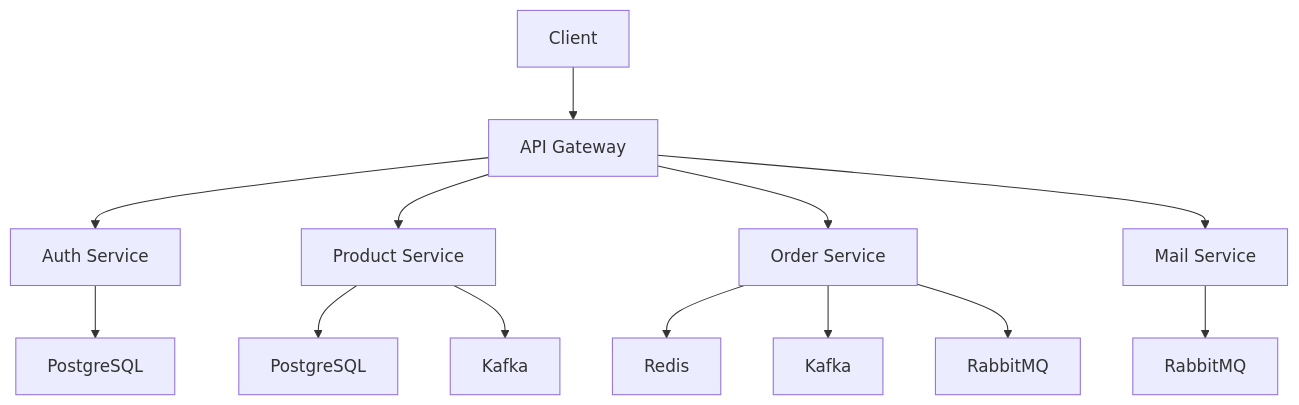
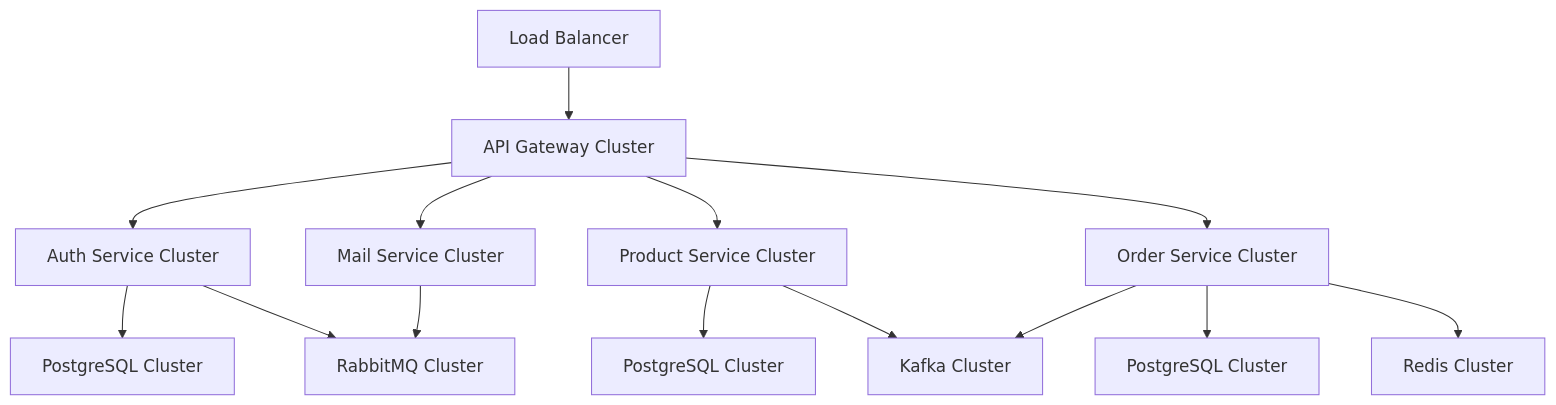
One commit to JordanMarcelino/learn-go-microservices changed the seventh of 7 diagrams in README.md. Above: the diagram before and after it, drawn with Mermaid. The commit also changed other lines of this file, not shown here.

````diff
--- a/README.md
+++ b/README.md
@@ -24,15 +199,18 @@
 ```mermaid
 graph TD
-  A[Client] --> B[API Gateway]
-  B --> C[Auth Service]
-  B --> D[Product Service]
-  B --> E[Order Service]
-  B --> L[Mail Service]
-  C --> F[PostgreSQL]
-  D --> G[PostgreSQL]
-  D --> J[Kafka]
-  E --> H[Redis]
-  E --> I[Kafka]
-  E --> K[RabbitMQ]
-  L --> M[RabbitMQ]
+  A[Load Balancer] --> B[API Gateway Cluster]
+  B --> C[Auth Service Cluster]
+  B --> D[Product Service Cluster]
+  B --> E[Order Service Cluster]
+  B --> F[Mail Service Cluster]
+
+  C --> G[PostgreSQL Cluster]
+  D --> H[PostgreSQL Cluster]
+  E --> I[PostgreSQL Cluster]
+  E --> J[Redis Cluster]
+
+  C --> K[RabbitMQ Cluster]
+  D --> L[Kafka Cluster]
+  E --> L
+  F --> K
 ```
````
